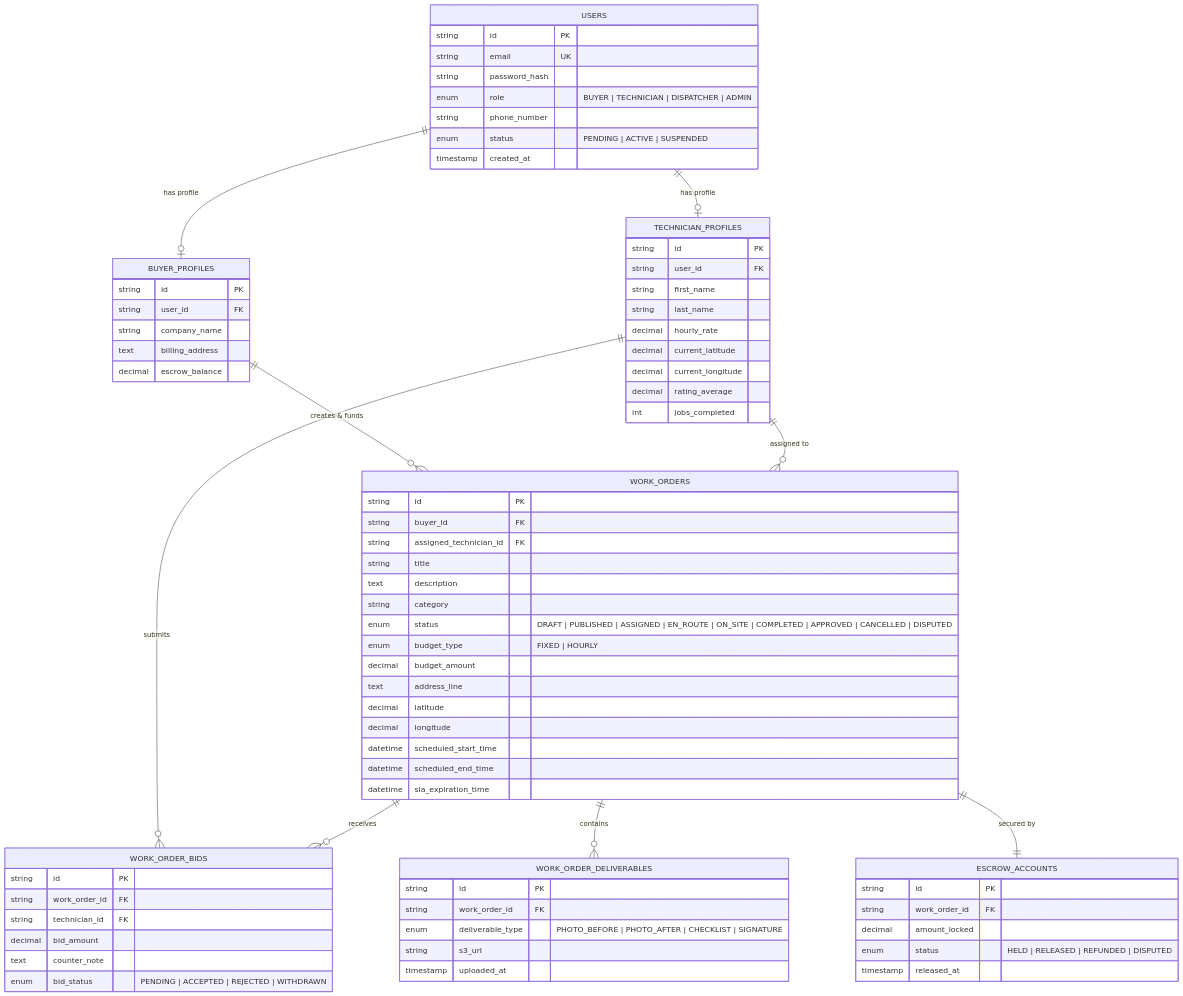
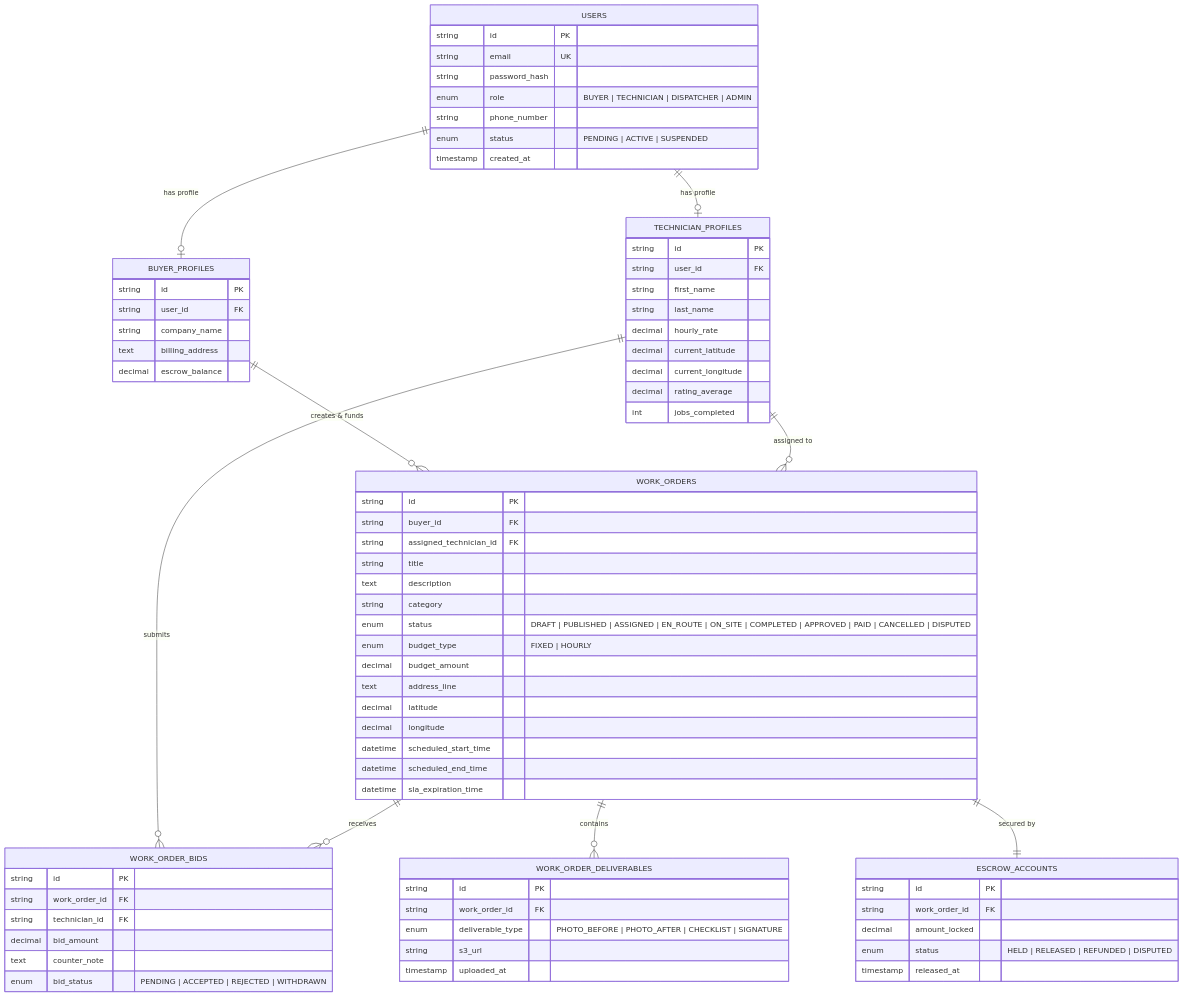
Before and after one commit to satya-ranjon/FieldForge: the first of 2 diagrams in .agent/context/domain_entities.md, drawn with Mermaid. The commit also changed other lines of this file and 106 other files, not shown here.

```diff
--- a/.agent/context/domain_entities.md
+++ b/.agent/context/domain_entities.md
@@ -53,7 +54,7 @@
         string title
         text description
         string category
-        enum status "DRAFT | PUBLISHED | ASSIGNED | EN_ROUTE | ON_SITE | COMPLETED | APPROVED | CANCELLED | DISPUTED"
+        enum status "DRAFT | PUBLISHED | ASSIGNED | EN_ROUTE | ON_SITE | COMPLETED | APPROVED | PAID | CANCELLED | DISPUTED"
         enum budget_type "FIXED | HOURLY"
         decimal budget_amount
         text address_line
```
